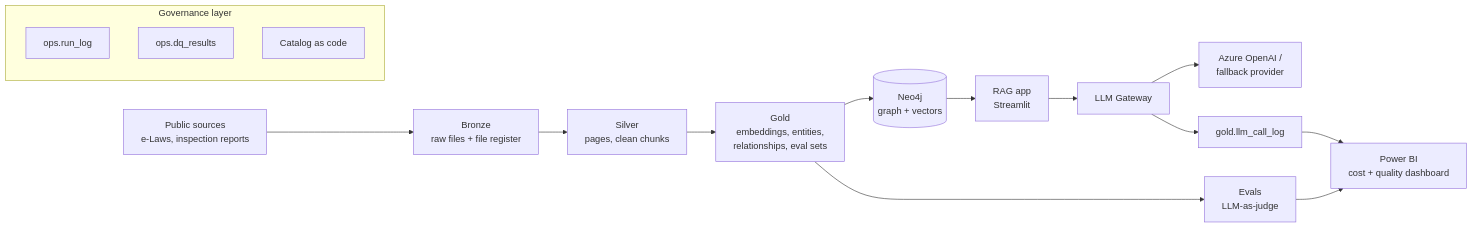
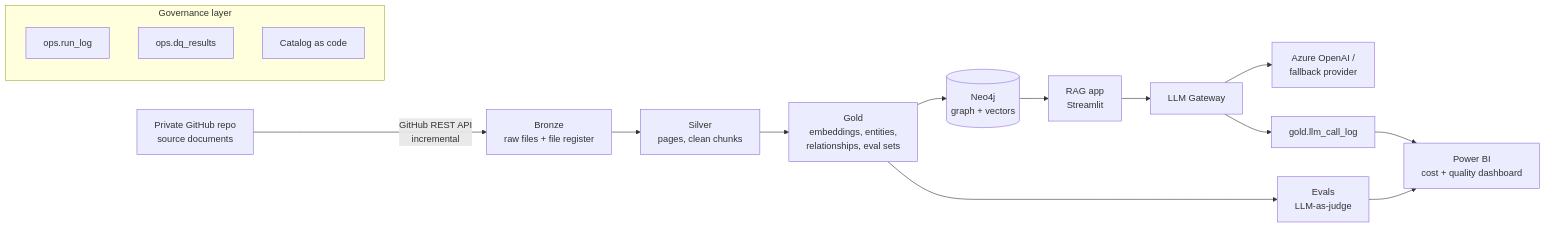
Before and after one commit to sharmagaurav5892-svg/care-reg-platform: the diagram in README.md, drawn with Mermaid. The commit also changed other lines of this file and 38 other files, not shown here.

First line of the commit message:
Step 2: bronze ingestion through the GitHub REST API

````diff
--- a/README.md
+++ b/README.md
@@ -24,19 +24,19 @@
 ```mermaid
 flowchart LR
-    A[Public sources<br/>e-Laws, inspection reports] --> B[Bronze<br/>raw files + file register]
+    A[Private GitHub repo<br/>source documents] -->|GitHub REST API<br/>incremental| B[Bronze<br/>raw files + file register]
     B --> C[Silver<br/>pages, clean chunks]
     C --> D[Gold<br/>embeddings, entities,<br/>relationships, eval sets]
     D --> E[(Neo4j<br/>graph + vectors)]
     E --> F[RAG app<br/>Streamlit]
     F --> G[LLM Gateway]
     G --> H[Azure OpenAI /<br/>fallback provider]
     G --> I[gold.llm_call_log]
     D --> J[Evals<br/>LLM-as-judge]
     I --> K[Power BI<br/>cost + quality dashboard]
     J --> K
     subgraph OPS[Governance layer]
       L[ops.run_log]
       M[ops.dq_results]
       N[Catalog as code]
     end
 ```
````
